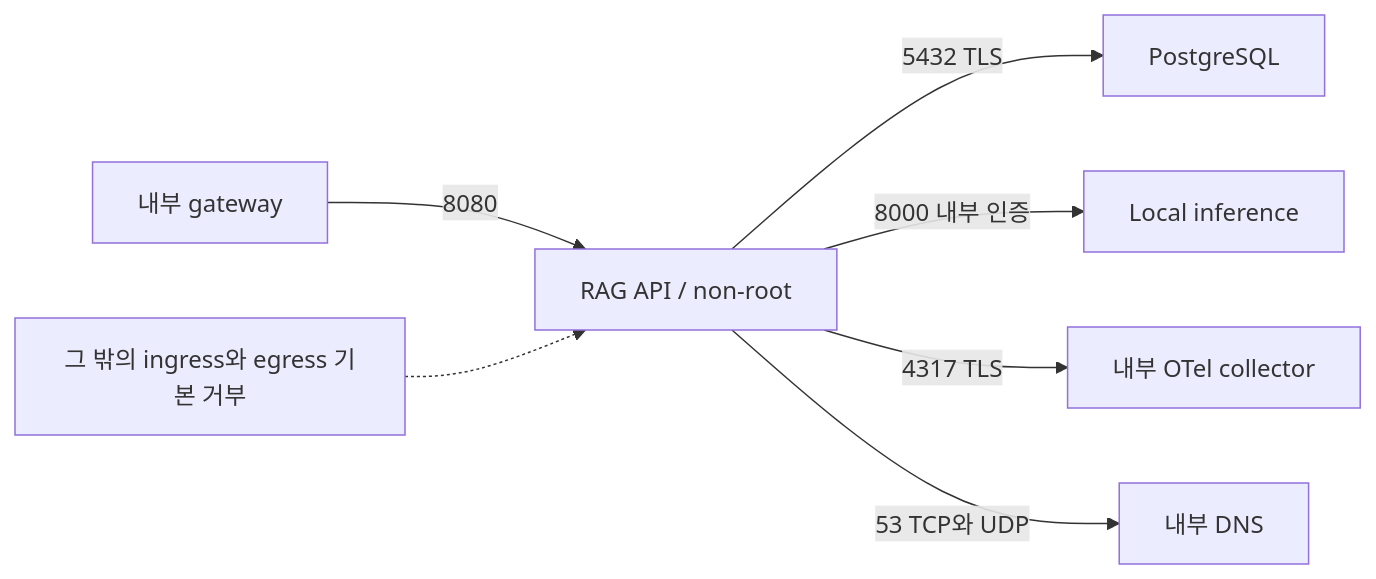
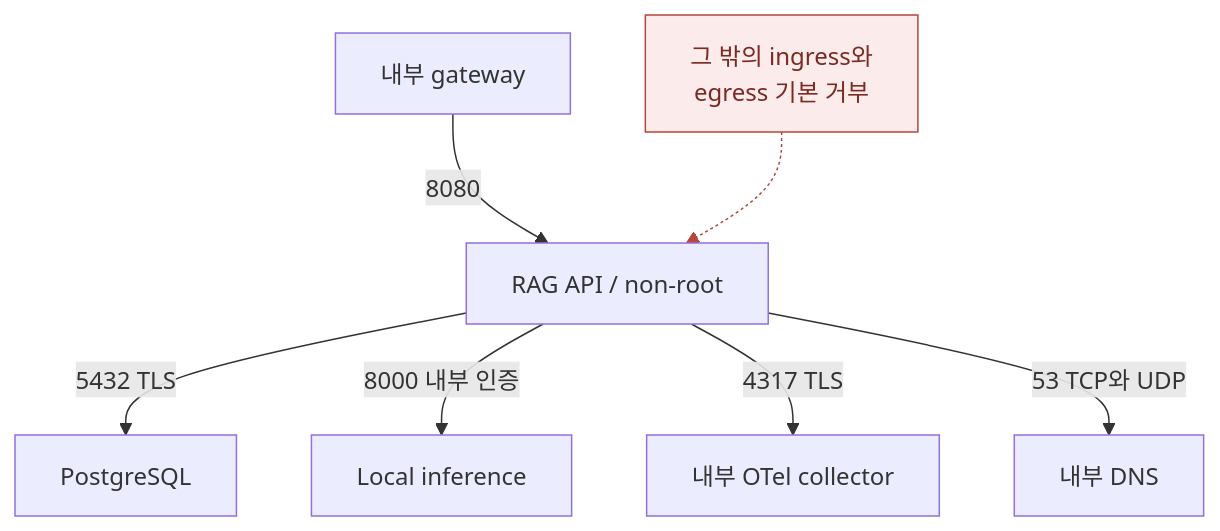
Before and after one commit to jay-jang/preparing-fde: the diagram in assets/diagrams/frame-3-2.mmd, drawn with Mermaid. The commit also changed 75 other files, not shown here.

```diff
--- a/assets/diagrams/frame-3-2.mmd
+++ b/assets/diagrams/frame-3-2.mmd
@@ -1,7 +1,10 @@
-flowchart LR
+flowchart TB
   GW["내부 gateway"] -->|8080| API["RAG API / non-root"]
   API -->|5432 TLS| DB["PostgreSQL"]
   API -->|8000 내부 인증| LLM["Local inference"]
   API -->|4317 TLS| OT["내부 OTel collector"]
   API -->|53 TCP와 UDP| DNS["내부 DNS"]
-  DENY["그 밖의 ingress와 egress 기본 거부"] -.-> API
+  DENY["그 밖의 ingress와<br/>egress 기본 거부"] -.-> API
+  classDef fail fill:#fbeceb,stroke:#b4483c,color:#7a2a22
+  class DENY fail
+  linkStyle 5 stroke:#b4483c
```
